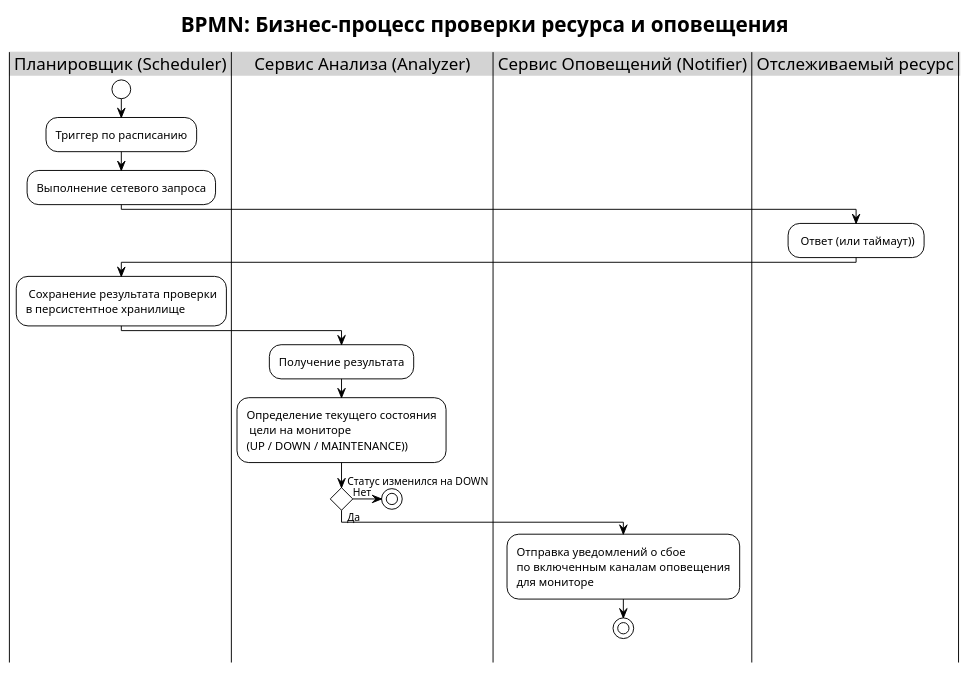
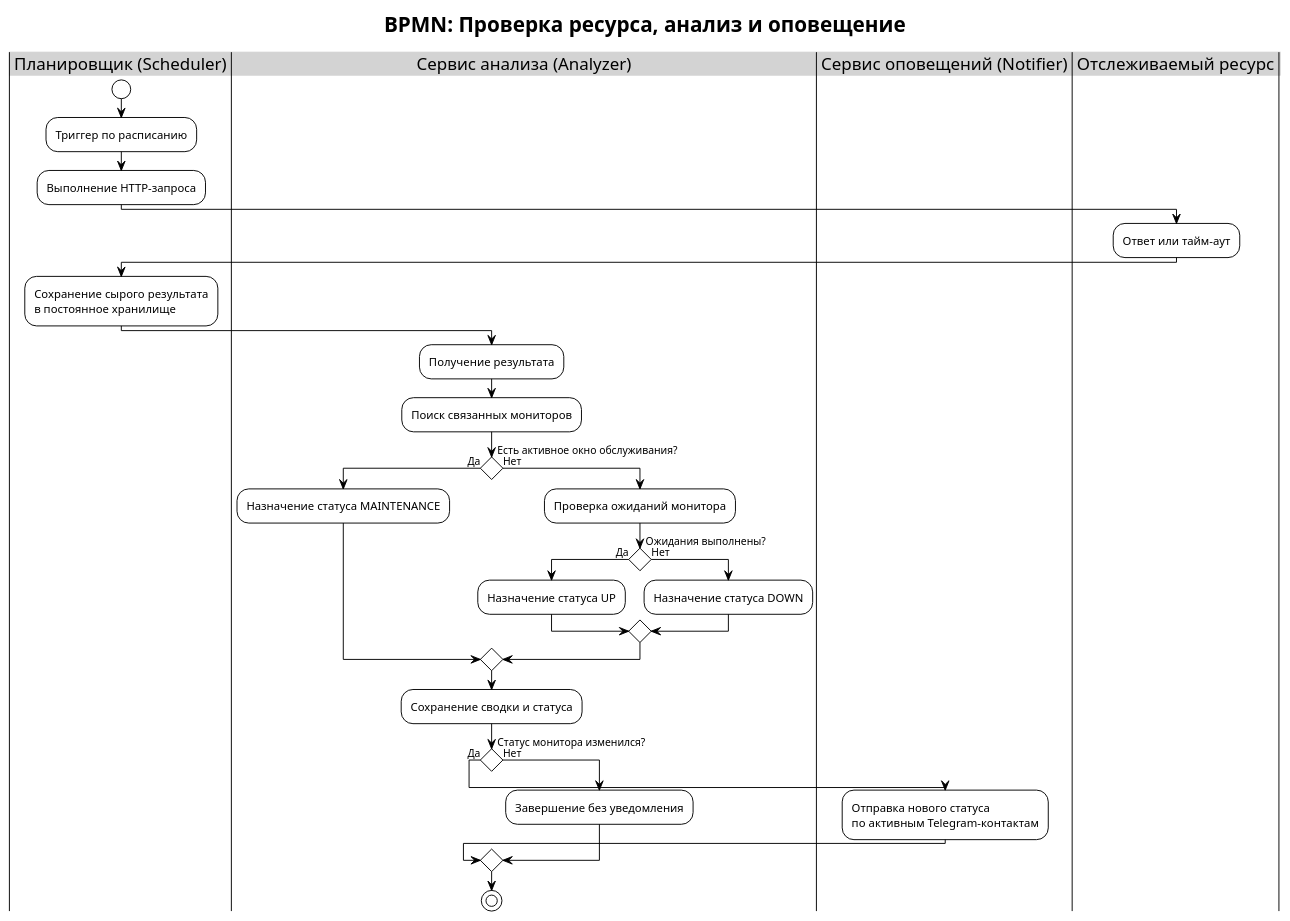
Before and after one commit to mkholkin/WatchTower: the diagram in docs/puml/bpmn/bpmn-target-check.puml, drawn with PlantUML. The commit also changed 4 other files, not shown here.

Commit message:
docs: align WebLab 1 diagrams with implementation

```diff
--- a/docs/puml/bpmn/bpmn-target-check.puml
+++ b/docs/puml/bpmn/bpmn-target-check.puml
@@ -1,51 +1,64 @@
 @startuml
 !theme plain
-title BPMN: Бизнес-процесс проверки ресурса и оповещения
+title BPMN: Проверка ресурса, анализ и оповещение
 
 ' --- Стилизация под классический BPMN ---
 skinparam conditionStyle diamond
 skinparam swimlane {
     BorderColor Black
     BorderThickness 1
     TitleBackgroundColor LightGray
     TitleFontColor Black
 }
 skinparam activity {
     BackgroundColor White
     BorderColor Black
     ArrowColor Black
 }
 
 ' Объявление параллельных дорожек
 |Планировщик (Scheduler)|
-|Сервис Анализа (Analyzer)|
-|Сервис Оповещений (Notifier)|
+|Сервис анализа (Analyzer)|
+|Сервис оповещений (Notifier)|
 |Отслеживаемый ресурс|
 
 ' --- Ход процесса ---
 
 |Планировщик (Scheduler)|
 start
 :Триггер по расписанию;
-:Выполнение сетевого запроса;
+:Выполнение HTTP-запроса;
 
 |Отслеживаемый ресурс|
-: Ответ (или таймаут));
+:Ответ или тайм-аут;
 
 |Планировщик (Scheduler)|
-: Сохранение результата проверки\nв персистентное хранилище;
+:Сохранение сырого результата\nв постоянное хранилище;
 
-|Сервис Анализа (Analyzer)|
+|Сервис анализа (Analyzer)|
 :Получение результата;
-:Определение текущего состояния\n цели на мониторе\n(UP / DOWN / MAINTENANCE));
+:Поиск связанных мониторов;
 
-if (Статус изменился на DOWN) then (Да)
-    |Сервис Оповещений (Notifier)|
-    :Отправка уведомлений о сбое\nпо включенным каналам оповещения\nдля мониторе;
-    stop
+if (Есть активное окно обслуживания?) then (Да)
+    :Назначение статуса MAINTENANCE;
 else (Нет)
-    |Сервис Анализа (Analyzer)|
-    stop
+    :Проверка ожиданий монитора;
+    if (Ожидания выполнены?) then (Да)
+        :Назначение статуса UP;
+    else (Нет)
+        :Назначение статуса DOWN;
+    endif
 endif
 
+:Сохранение сводки и статуса;
+
+if (Статус монитора изменился?) then (Да)
+    |Сервис оповещений (Notifier)|
+    :Отправка нового статуса\nпо активным Telegram-контактам;
+else (Нет)
+    |Сервис анализа (Analyzer)|
+    :Завершение без уведомления;
+endif
+stop
+
 @enduml
```
